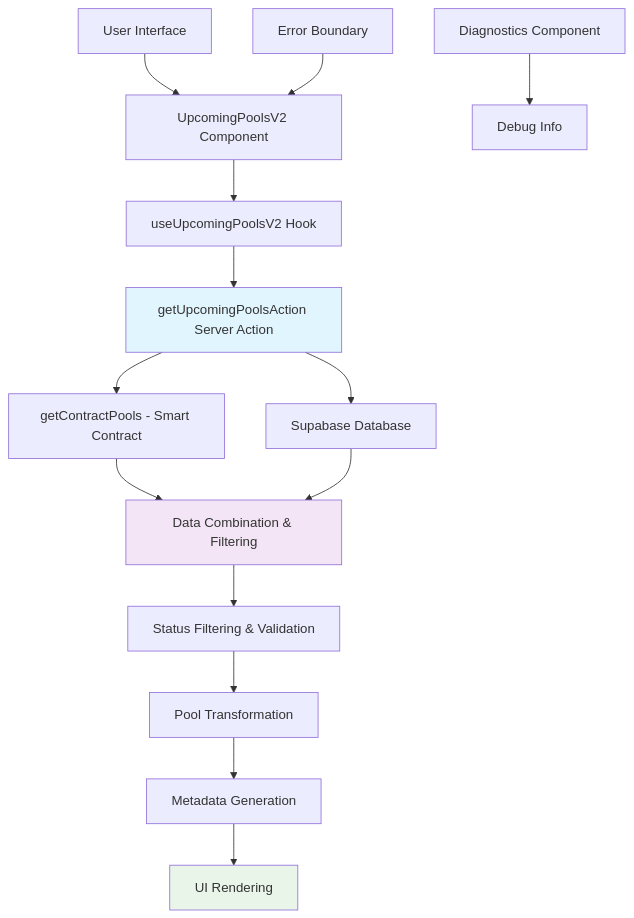
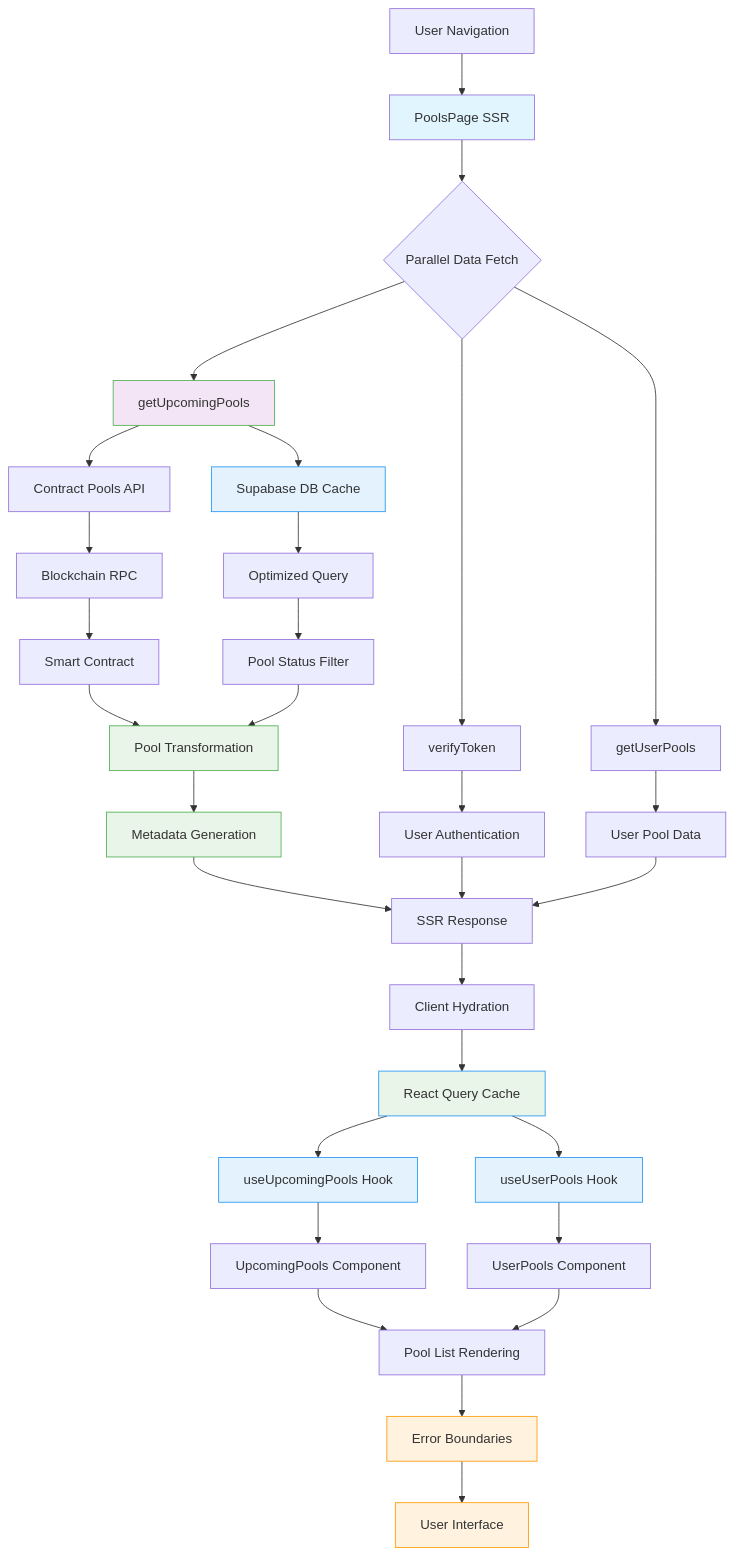
One commit to Pool-Escrow/PWA changed the first of 4 diagrams in docs/technical-specs/pools-architecture.md. Above: the diagram before and after it, drawn with Mermaid. The commit also changed 57 other files, not shown here.

````diff
--- a/docs/technical-specs/pools-architecture.md
+++ b/docs/technical-specs/pools-architecture.md
@@ -9,21 +9,58 @@
 ```mermaid
 graph TD
-    A[User Interface] --> B[UpcomingPoolsV2 Component]
-    B --> C[useUpcomingPoolsV2 Hook]
-    C --> D[getUpcomingPoolsAction Server Action]
-    D --> E[getContractPools - Smart Contract]
-    D --> F[Supabase Database]
-    E --> G[Data Combination & Filtering]
-    F --> G
-    G --> H[Status Filtering & Validation]
-    H --> I[Pool Transformation]
-    I --> J[Metadata Generation]
-    J --> K[UI Rendering]
+    A[User Navigation] --> B[PoolsPage SSR]
+    B --> C{Parallel Data Fetch}
 
-    L[Error Boundary] --> B
-    M[Diagnostics Component] --> N[Debug Info]
+    C --> D[getUpcomingPools]
+    C --> E[verifyToken]
+    C --> F[getUserPools]
 
-    style D fill:#e1f5fe
-    style G fill:#f3e5f5
-    style K fill:#e8f5e8
+    D --> G[Contract Pools API]
+    D --> H[Supabase DB Cache]
+
+    G --> I[Blockchain RPC]
+    H --> J[Optimized Query]
+
+    I --> K[Smart Contract]
+    J --> L[Pool Status Filter]
+
+    K --> M[Pool Transformation]
+    L --> M
+
+    M --> N[Metadata Generation]
+    N --> O[SSR Response]
+
+    E --> P[User Authentication]
+    F --> Q[User Pool Data]
+
+    P --> O
+    Q --> O
+
+    O --> R[Client Hydration]
+    R --> S[React Query Cache]
+
+    S --> T[useUpcomingPools Hook]
+    S --> U[useUserPools Hook]
+
+    T --> V[UpcomingPools Component]
+    U --> W[UserPools Component]
+
+    V --> X[Pool List Rendering]
+    W --> X
+
+    X --> Y[Error Boundaries]
+    Y --> Z[User Interface]
+
+    style B fill:#e1f5fe
+    style D fill:#f3e5f5
+    style S fill:#e8f5e8
+    style Y fill:#fff3e0
+
+    classDef performance fill:#e8f5e8,stroke:#4caf50
+    classDef caching fill:#e3f2fd,stroke:#2196f3
+    classDef error fill:#fff3e0,stroke:#ff9800
+
+    class D,M,N performance
+    class H,S,T,U caching
+    class Y,Z error
 ```
````
